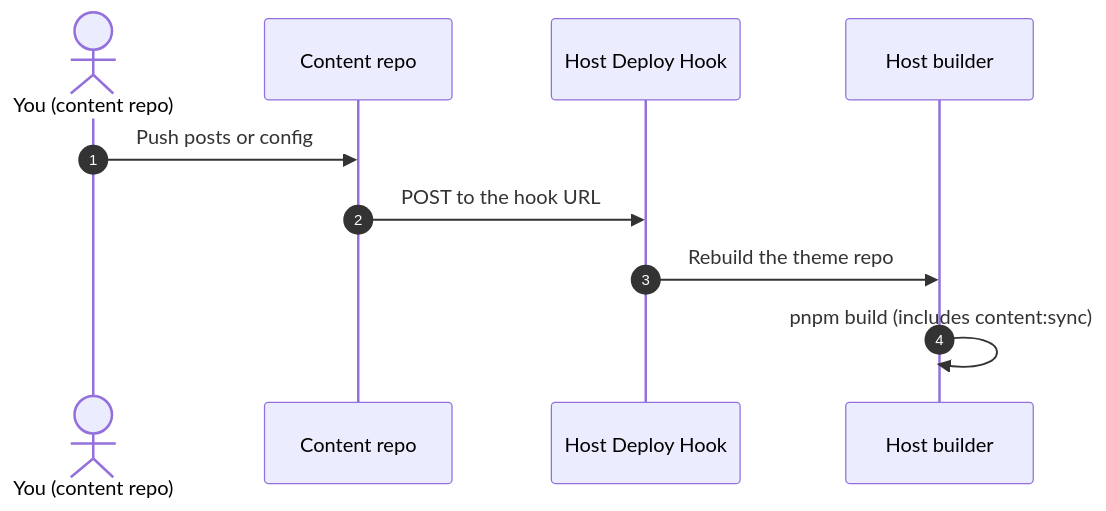
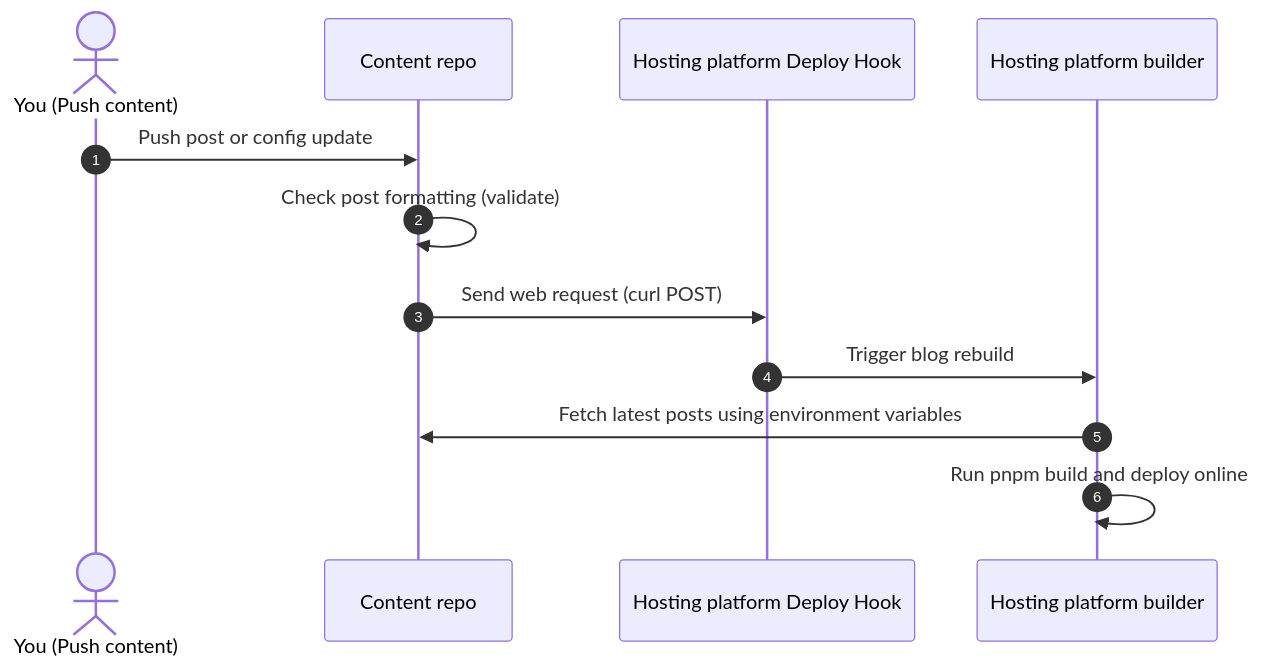
The diagram in docs/en/guide/content-separation/deploy-hooks/README.md (LyraVoid/Shirone-Docs), drawn with Mermaid before and after one commit. The commit also changed other lines of this file and 6 other files, not shown here.

````diff
--- a/docs/en/guide/content-separation/deploy-hooks/README.md
+++ b/docs/en/guide/content-separation/deploy-hooks/README.md
@@ -9,13 +11,15 @@
 ```mermaid
 sequenceDiagram
     autonumber
-    actor Author as You (content repo)
+    actor Author as You (Push content)
     participant ContentRepo as Content repo
-    participant Hook as Host Deploy Hook
-    participant Builder as Host builder
+    participant Hook as Hosting platform Deploy Hook
+    participant Builder as Hosting platform builder
 
-    Author->>ContentRepo: Push posts or config
-    ContentRepo->>Hook: POST to the hook URL
-    Hook->>Builder: Rebuild the theme repo
-    Builder->>Builder: pnpm build (includes content:sync)
+    Author->>ContentRepo: Push post or config update
+    ContentRepo->>ContentRepo: Check post formatting (validate)
+    ContentRepo->>Hook: Send web request (curl POST)
+    Hook->>Builder: Trigger blog rebuild
+    Builder->>ContentRepo: Fetch latest posts using environment variables
+    Builder->>Builder: Run pnpm build and deploy online
 ```
````
